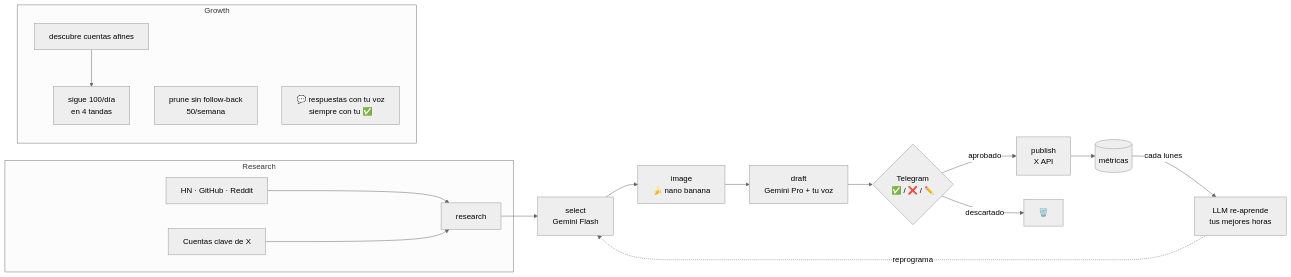
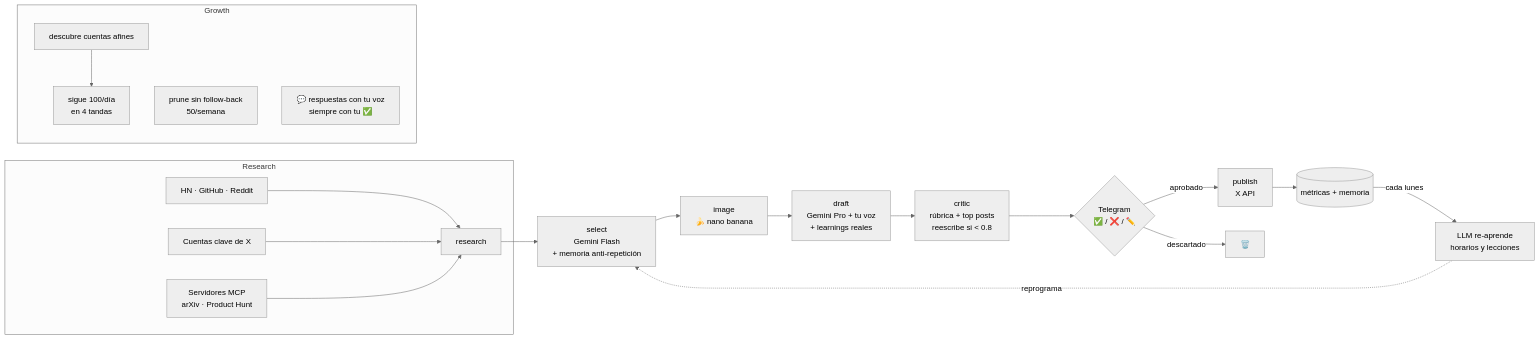
The diagram in README.md (riquelmechile/zanaX), drawn with Mermaid (neutral theme) before and after one commit. The commit also changed other lines of this file, not shown here.

Commit message:
docs: README con memoria, crítico y MCP (mermaid + tablas actualizadas)

````diff
--- a/README.md
+++ b/README.md
@@ -19,22 +19,24 @@
 ```mermaid
 flowchart LR
     subgraph Research
         A[HN · GitHub · Reddit] --> R
         B[Cuentas clave de X] --> R
+        M2[Servidores MCP<br/>arXiv · Product Hunt] --> R
     end
-    R[research] --> S[select<br/>Gemini Flash]
+    R[research] --> S[select<br/>Gemini Flash<br/>+ memoria anti-repetición]
     S --> I[image<br/>🍌 nano banana]
-    I --> D[draft<br/>Gemini Pro + tu voz]
-    D --> T{Telegram<br/>✅ / ❌ / ✏️}
+    I --> D[draft<br/>Gemini Pro + tu voz<br/>+ learnings reales]
+    D --> C[critic<br/>rúbrica + top posts<br/>reescribe si < 0.8]
+    C --> T{Telegram<br/>✅ / ❌ / ✏️}
     T -->|aprobado| P[publish<br/>X API]
     T -->|descartado| X[🗑️]
-    P --> M[(métricas)]
-    M -->|cada lunes| LLM[LLM re-aprende<br/>tus mejores horas]
+    P --> M[(métricas + memoria)]
+    M -->|cada lunes| LLM[LLM re-aprende<br/>horarios y lecciones]
     LLM -.reprograma.-> S
 
     subgraph Growth
         G1[descubre cuentas afines] --> G2[sigue 100/día<br/>en 4 tandas]
         G3[prune sin follow-back<br/>50/semana]
         G4[💬 respuestas con tu voz<br/>siempre con tu ✅]
     end
 ```
````
